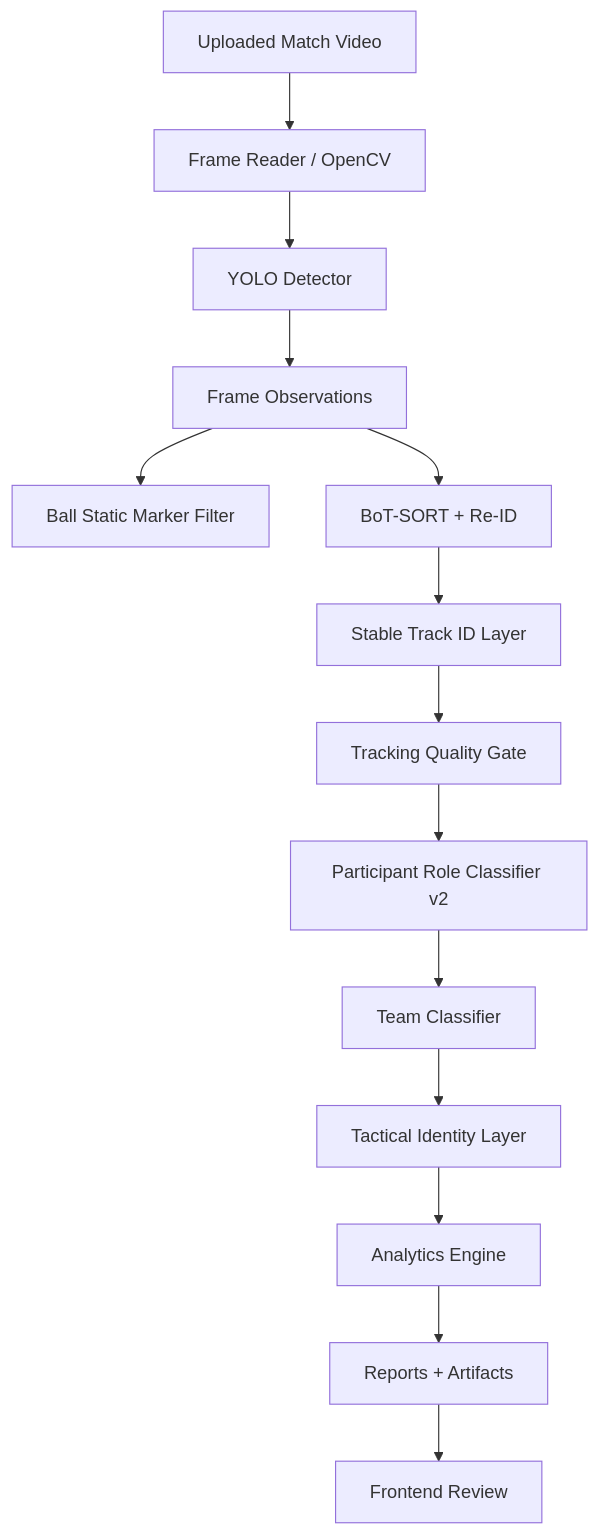
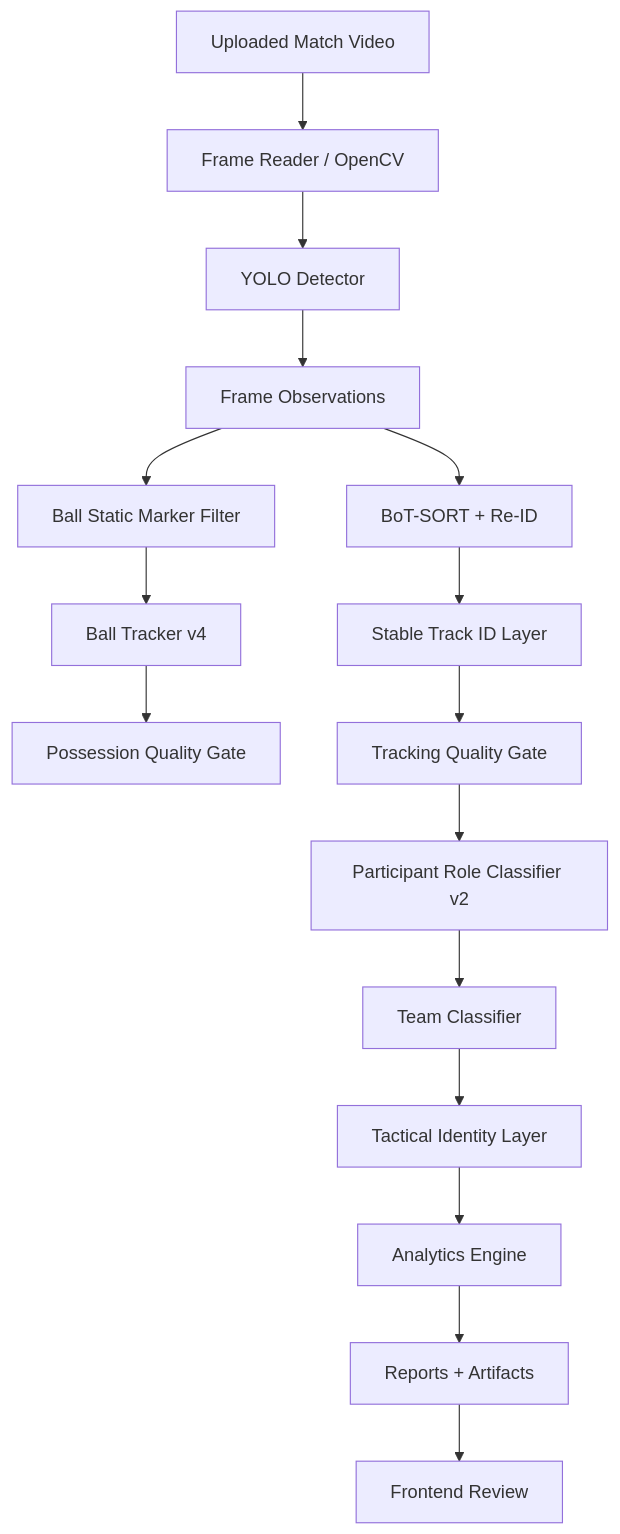
The third of 7 diagrams in README.md (ahmedalbanna7/football-intelligence-platform), drawn with Mermaid before and after one commit. The commit also changed other lines of this file and 4 other files, not shown here.

Commit message:
fix: harden ball tracking and possession

````diff
--- a/README.md
+++ b/README.md
@@ -90,16 +92,18 @@
 ```mermaid
 flowchart TD
     Video["Uploaded Match Video"] --> FrameRead["Frame Reader / OpenCV"]
     FrameRead --> Detector["YOLO Detector"]
     Detector --> RawObjects["Frame Observations"]
     RawObjects --> BallFilter["Ball Static Marker Filter"]
+    BallFilter --> BallTracker["Ball Tracker v4"]
+    BallTracker --> PossessionGate["Possession Quality Gate"]
     RawObjects --> Tracker["BoT-SORT + Re-ID"]
     Tracker --> Stabilizer["Stable Track ID Layer"]
     Stabilizer --> QualityGate["Tracking Quality Gate"]
     QualityGate --> RoleClassifier["Participant Role Classifier v2"]
     RoleClassifier --> TeamClassifier["Team Classifier"]
     TeamClassifier --> TacticalIdentity["Tactical Identity Layer"]
     TacticalIdentity --> Analytics["Analytics Engine"]
     Analytics --> Reports["Reports + Artifacts"]
     Reports --> Dashboard["Frontend Review"]
 ```
````
